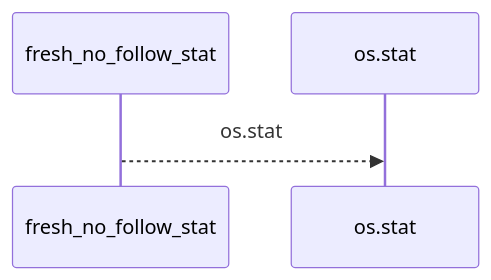
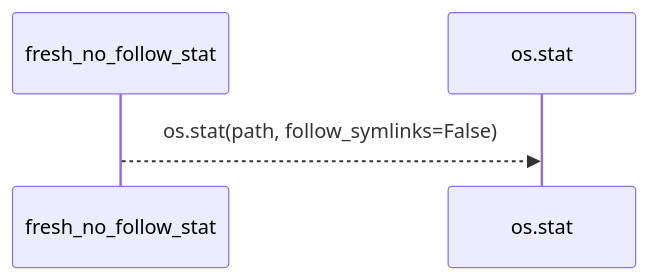
The first of 2 diagrams in docs/llm_wiki/flows/api-fresh_no_follow_stat.md (Denissvgn/python-wiki-llm), drawn with Mermaid before and after one commit. The commit also changed other lines of this file and 1410 other files, not shown here.

````diff
--- a/docs/llm_wiki/flows/api-fresh_no_follow_stat.md
+++ b/docs/llm_wiki/flows/api-fresh_no_follow_stat.md
@@ -10,6 +12,6 @@
 ```mermaid
 sequenceDiagram
     participant p0 as fresh_no_follow_stat
     participant p1 as os.stat
-    p0-->>p1: os.stat
+    p0-->>p1: os.stat(path, follow_symlinks=False)
 ```
````
